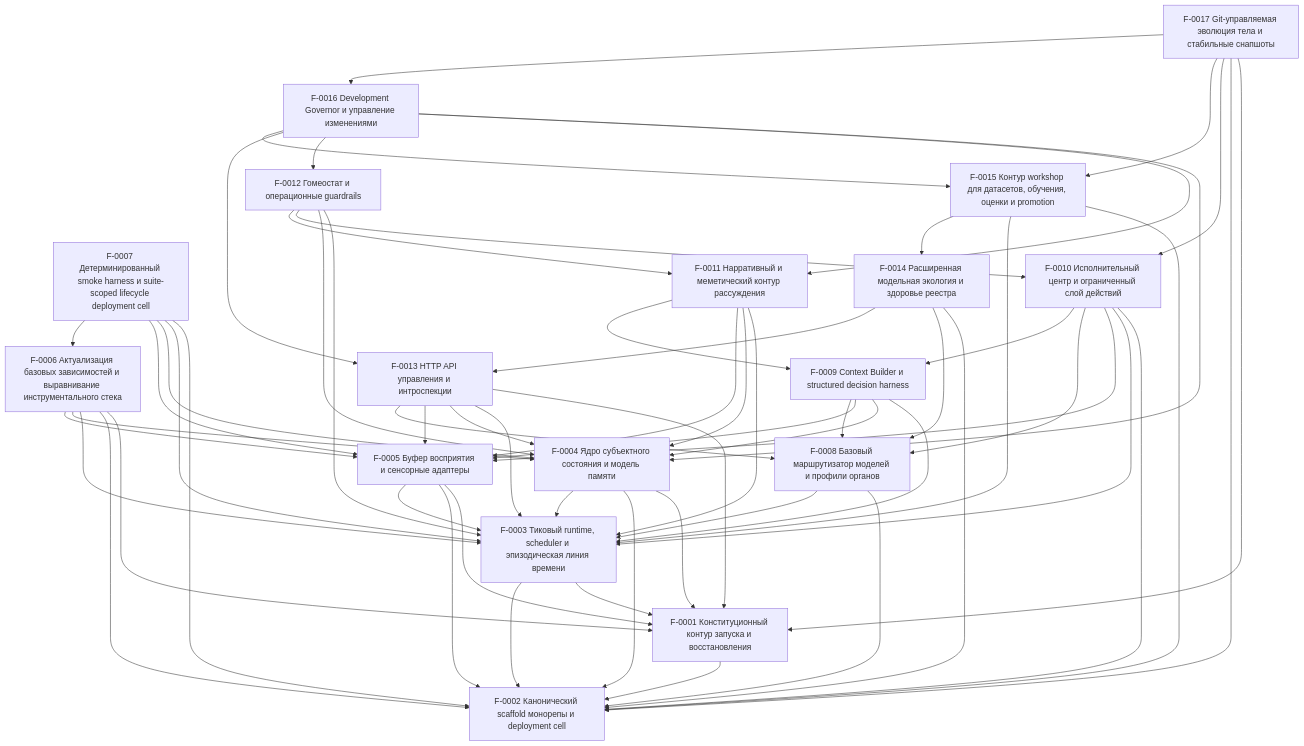
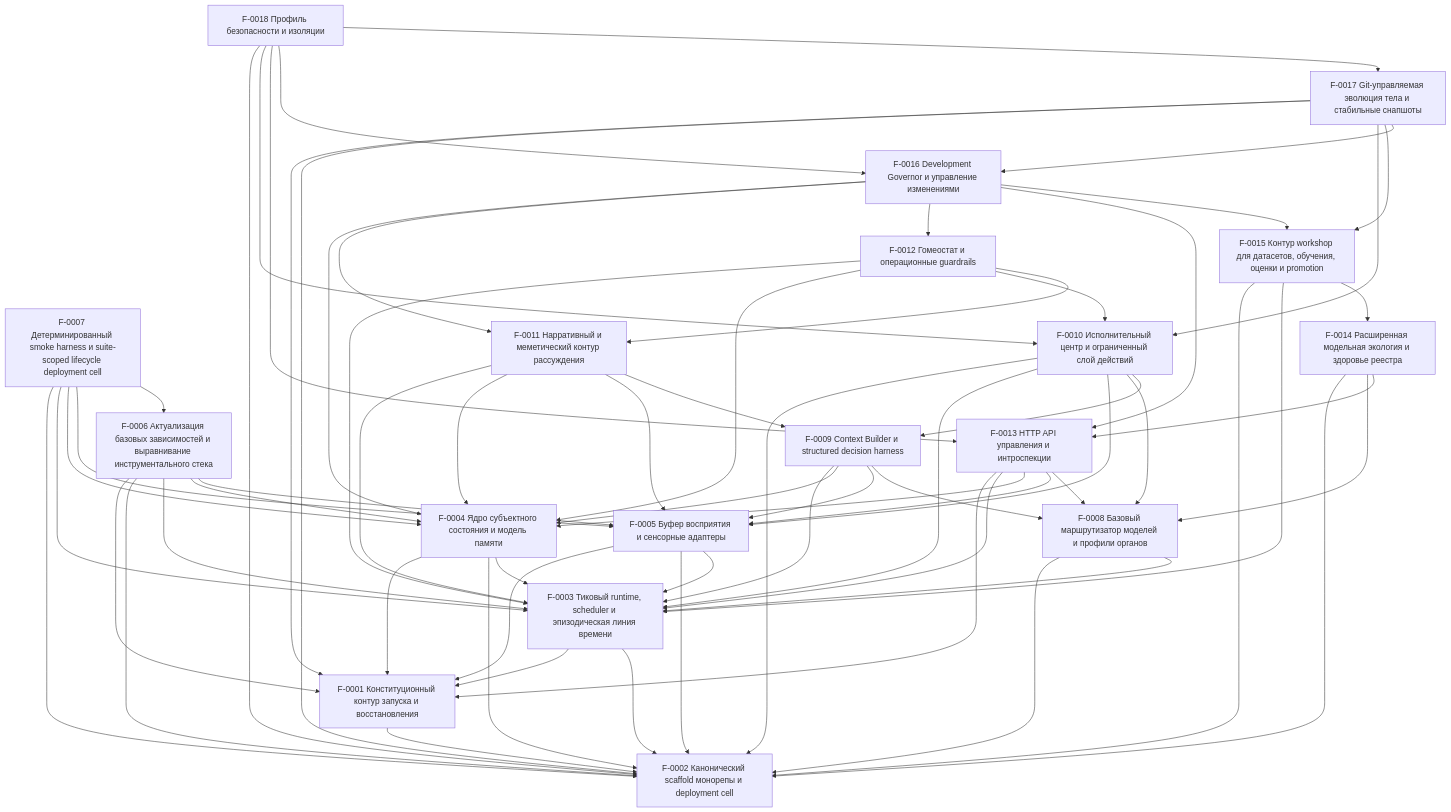
Before and after one commit to kostysh/yaagi: the diagram in docs/ssot/index.md, drawn with Mermaid. The commit also changed other lines of this file and 8 other files, not shown here.

````diff
--- a/docs/ssot/index.md
+++ b/docs/ssot/index.md
@@ -51,6 +52,7 @@
   F0015["F-0015 Контур workshop для датасетов, обучения, оценки и promotion"]
   F0016["F-0016 Development Governor и управление изменениями"]
   F0017["F-0017 Git-управляемая эволюция тела и стабильные снапшоты"]
+  F0018["F-0018 Профиль безопасности и изоляции"]
   F0001 --> F0002
   F0003 --> F0001
   F0003 --> F0002
@@ -110,4 +112,9 @@
   F0017 --> F0010
   F0017 --> F0015
   F0017 --> F0016
+  F0018 --> F0002
+  F0018 --> F0010
+  F0018 --> F0013
+  F0018 --> F0016
+  F0018 --> F0017
 ```
````
